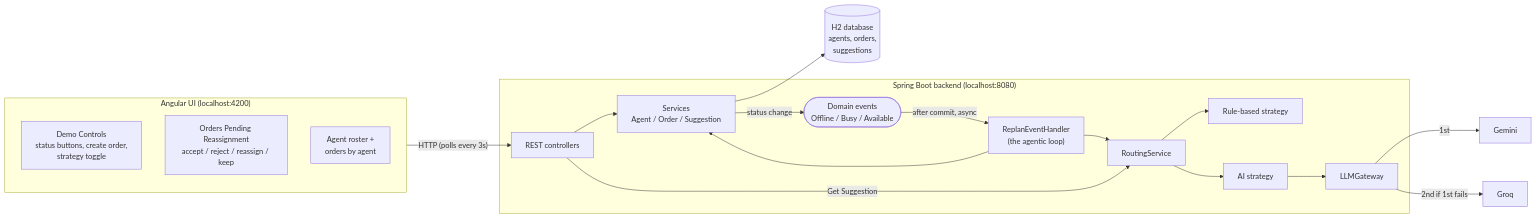
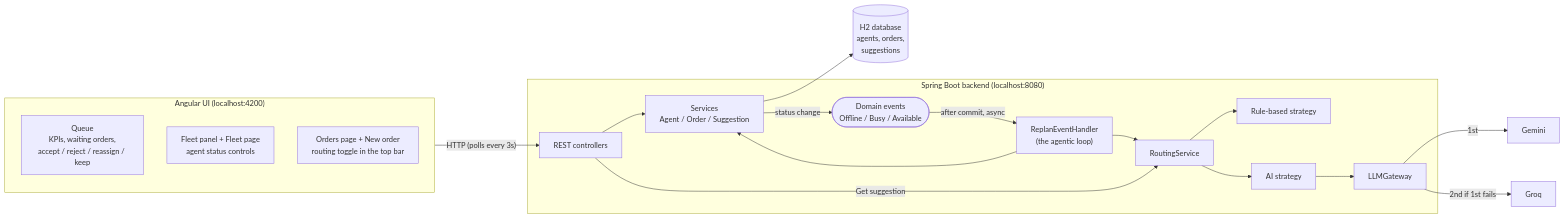
Before and after one commit to Pratik41/ziprun-reassignment-engine: the first of 11 diagrams in docs/HOW_IT_WORKS.md, drawn with Mermaid. The commit also changed other lines of this file and 37 other files, not shown here.

````diff
--- a/docs/HOW_IT_WORKS.md
+++ b/docs/HOW_IT_WORKS.md
@@ -27,37 +27,37 @@
 ```mermaid
 flowchart LR
     subgraph UI["Angular UI (localhost:4200)"]
-        DP["Demo Controls<br/>status buttons, create order,<br/>strategy toggle"]
-        OL["Orders Pending Reassignment<br/>accept / reject / reassign / keep"]
-        RO["Agent roster +<br/>orders by agent"]
+        QP["Queue<br/>KPIs, waiting orders,<br/>accept / reject / reassign / keep"]
+        FP["Fleet panel + Fleet page<br/>agent status controls"]
+        OP["Orders page + New order<br/>routing toggle in the top bar"]
     end
 
     subgraph API["Spring Boot backend (localhost:8080)"]
         C["REST controllers"]
         S["Services<br/>Agent / Order / Suggestion"]
         EV(["Domain events<br/>Offline / Busy / Available"])
         H["ReplanEventHandler<br/>(the agentic loop)"]
         R["RoutingService"]
         RB["Rule-based strategy"]
         AI["AI strategy"]
         GW["LLMGateway"]
     end
 
     DB[("H2 database<br/>agents, orders,<br/>suggestions")]
     G["Gemini"]
     Q["Groq"]
 
     UI -- "HTTP (polls every 3s)" --> C
     C --> S
     S --> DB
     S -- "status change" --> EV
     EV -- "after commit, async" --> H
     H --> R
-    C -- "Get Suggestion" --> R
+    C -- "Get suggestion" --> R
     R --> RB
     R --> AI
     AI --> GW
     GW -- "1st" --> G
     GW -- "2nd if 1st fails" --> Q
     H --> S
 ```
````
